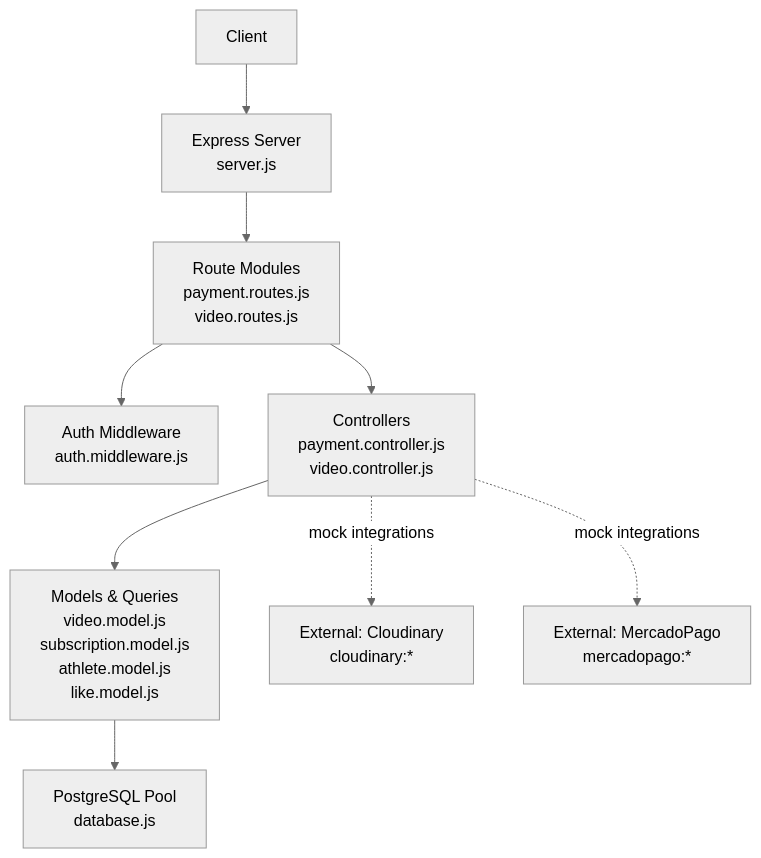
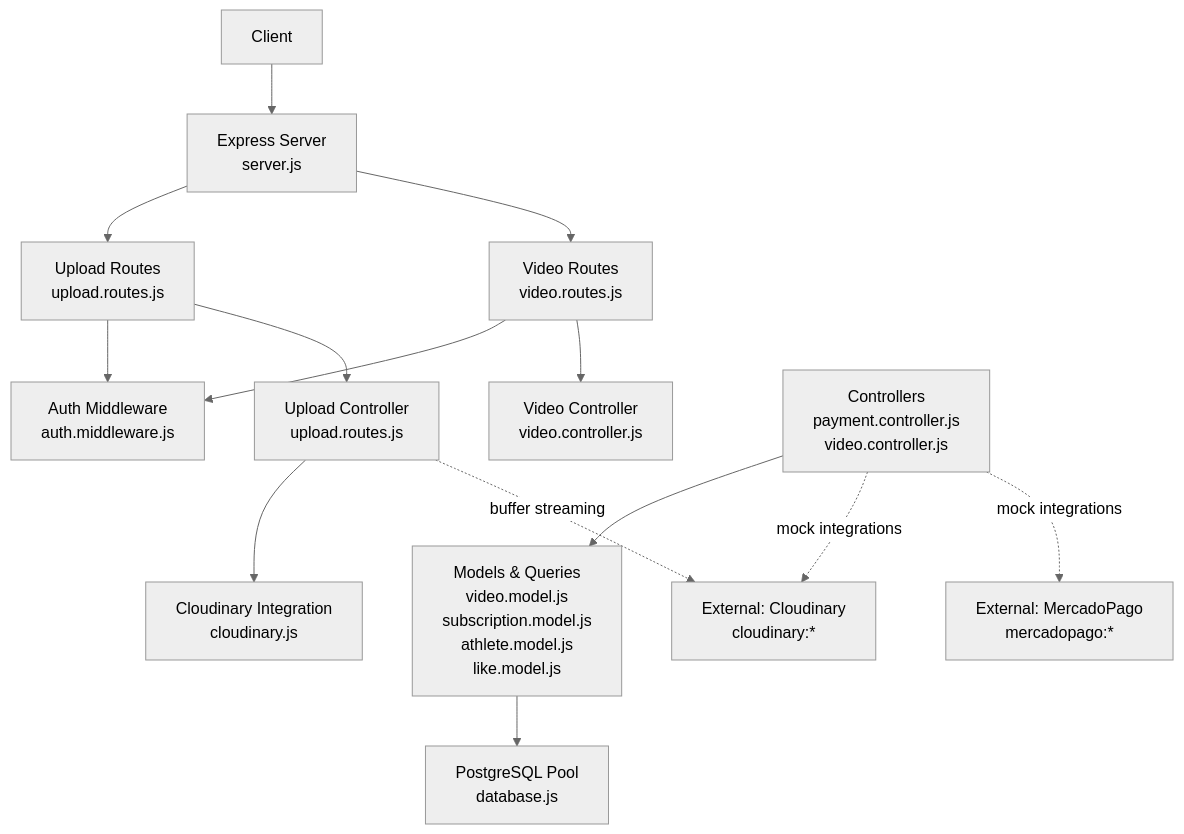
The first of 11 diagrams in .qoder/repowiki/en/content/Architecture Overview/Integration Patterns.md (Alexandrexicara/craque-vision), drawn with Mermaid (neutral theme) before and after one commit. The commit also changed other lines of this file and 10 other files, not shown here.

````diff
--- a/.qoder/repowiki/en/content/Architecture Overview/Integration Patterns.md
+++ b/.qoder/repowiki/en/content/Architecture Overview/Integration Patterns.md
@@ -51,20 +66,29 @@
 ```mermaid
 graph TB
 Client["Client"]
 Server["Express Server<br/>server.js"]
 AuthMW["Auth Middleware<br/>auth.middleware.js"]
-Routes["Route Modules<br/>payment.routes.js<br/>video.routes.js"]
+UploadRoutes["Upload Routes<br/>upload.routes.js"]
+VideoRoutes["Video Routes<br/>video.routes.js"]
+UploadCtrl["Upload Controller<br/>upload.routes.js"]
+VideoCtrl["Video Controller<br/>video.controller.js"]
 Controllers["Controllers<br/>payment.controller.js<br/>video.controller.js"]
 Models["Models & Queries<br/>video.model.js<br/>subscription.model.js<br/>athlete.model.js<br/>like.model.js"]
 DB["PostgreSQL Pool<br/>database.js"]
+Cloudinary["Cloudinary Integration<br/>cloudinary.js"]
 ExtCloud["External: Cloudinary<br/>cloudinary:*"]
 ExtMP["External: MercadoPago<br/>mercadopago:*"]
 Client --> Server
-Server --> Routes
-Routes --> AuthMW
-Routes --> Controllers
+Server --> UploadRoutes
+Server --> VideoRoutes
+UploadRoutes --> AuthMW
+VideoRoutes --> AuthMW
+UploadRoutes --> UploadCtrl
+VideoRoutes --> VideoCtrl
+UploadCtrl --> Cloudinary
+UploadCtrl -. "buffer streaming" .-> ExtCloud
 Controllers --> Models
 Models --> DB
 Controllers -. "mock integrations" .-> ExtCloud
 Controllers -. "mock integrations" .-> ExtMP
 ```
````
